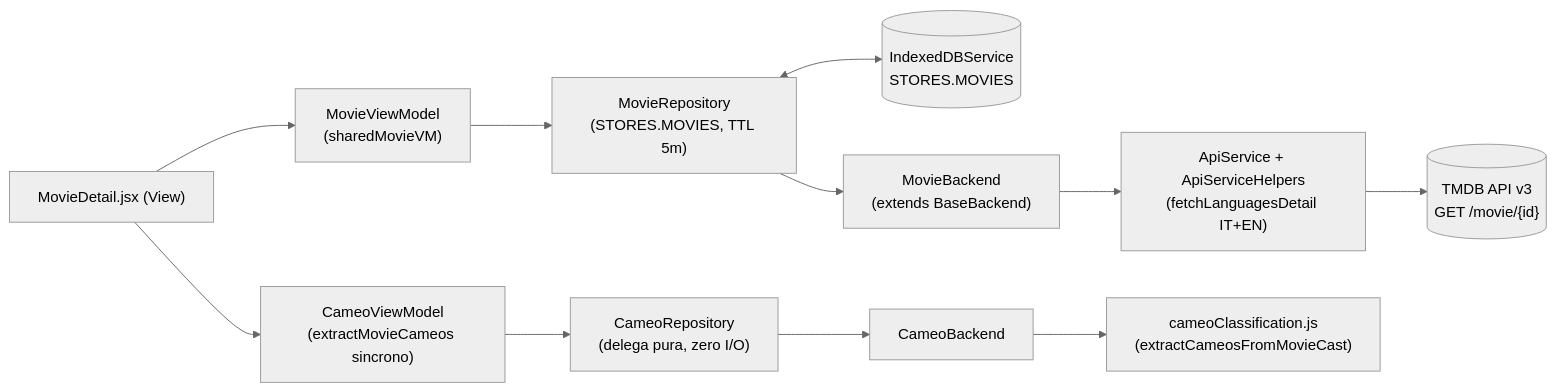
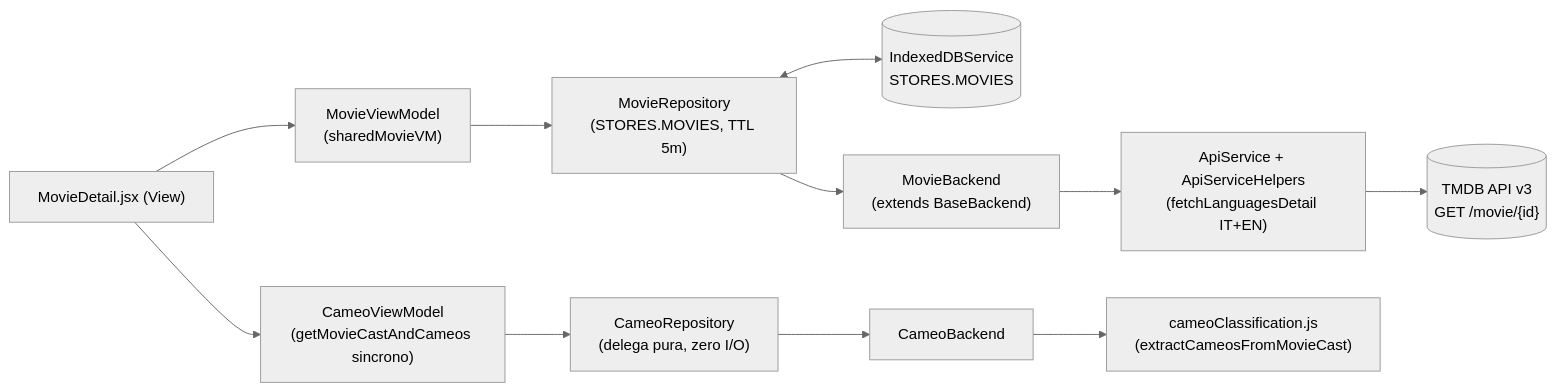
One commit to Lorenzo207378/Cameos changed the first of 2 diagrams in docs/pages/movie-detail.md. Above: the diagram before and after it, drawn with Mermaid (neutral theme). The commit also changed other lines of this file and 89 other files, not shown here.

Commit message:
refactor: update return types in components to use ReactElement for better type safety. Rename getSeriesVipCameos to getSeriesCameos for consistency. Clean up unused CSS and improve media provider rendering logic.

````diff
--- a/docs/pages/movie-detail.md
+++ b/docs/pages/movie-detail.md
@@ -15,16 +15,16 @@
 ```mermaid
 flowchart LR
     View["MovieDetail.jsx (View)"] --> MVM["MovieViewModel\n(sharedMovieVM)"]
-    View --> CVM["CameoViewModel\n(extractMovieCameos sincrono)"]
+    View --> CVM["CameoViewModel\n(getMovieCastAndCameos sincrono)"]
 
     MVM --> MRepo["MovieRepository\n(STORES.MOVIES, TTL 5m)"]
     CVM --> CRepo["CameoRepository\n(delega pura, zero I/O)"]
 
     MRepo <--> IDB[("IndexedDBService\nSTORES.MOVIES")]
 
     MRepo --> MBack["MovieBackend\n(extends BaseBackend)"]
     CRepo --> CBack["CameoBackend"] --> Class["cameoClassification.js\n(extractCameosFromMovieCast)"]
 
     MBack --> API["ApiService + ApiServiceHelpers\n(fetchLanguagesDetail IT+EN)"]
     API --> TMDB[("TMDB API v3\nGET /movie/{id}")]
 ```
````
